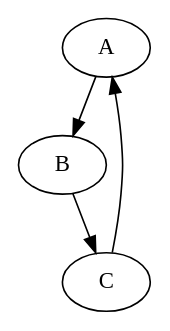
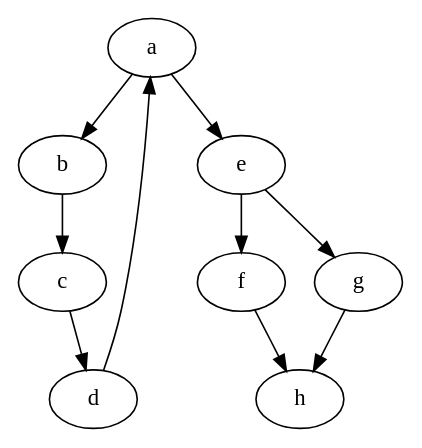
One commit to aryan-b-shah/graph-processing changed the diagram in test.dot. Above: the diagram before and after it, drawn with Graphviz. The commit also changed 2 other files, not shown here.

```diff
--- a/test.dot
+++ b/test.dot
@@ -1,5 +1,11 @@
 digraph G {
-    A -> B;
-    B -> C;
-    C -> A;
+    a -> b;
+    b -> c;
+    c -> d;
+    d -> a;
+    a -> e;
+    e -> f;
+    e -> g;
+    f -> h;
+    g -> h;
 }
```
